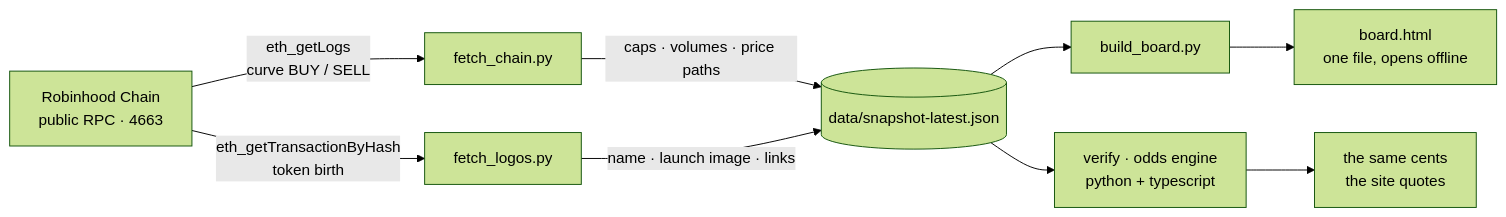
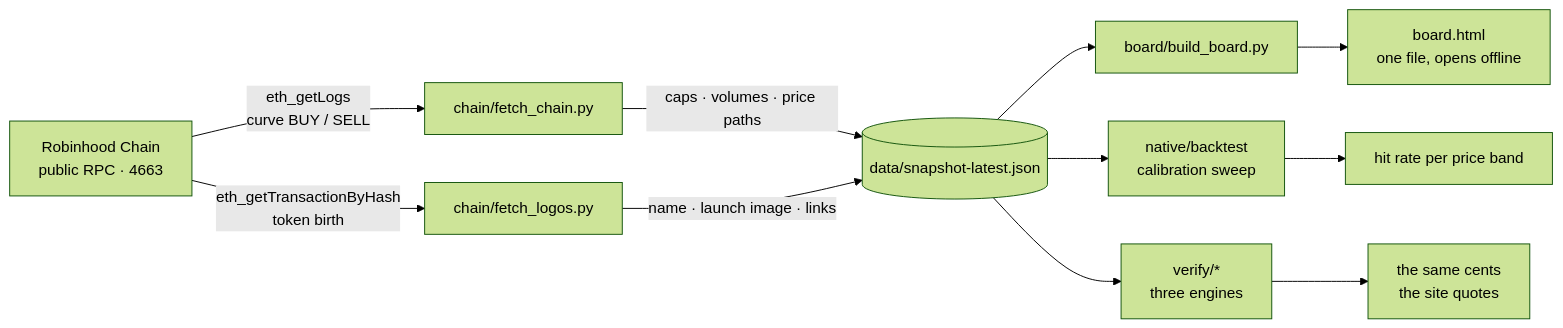
The diagram in README.md (Denis101Ka/predly), drawn with Mermaid (forest theme) before and after one commit. The commit also changed other lines of this file and 15 other files, not shown here.

First line of the commit message:
native: c++ engine, monte carlo validation of the closed form, calibration backtest

````diff
--- a/README.md
+++ b/README.md
@@ -82,11 +203,13 @@
 ```mermaid
 flowchart LR
-  A["Robinhood Chain<br/>public RPC · 4663"] -->|eth_getLogs<br/>curve BUY / SELL| B[fetch_chain.py]
-  A -->|eth_getTransactionByHash<br/>token birth| C[fetch_logos.py]
-  B -->|caps · volumes · price paths| D[("data/snapshot-latest.json")]
-  C -->|name · launch image · links| D
-  D --> E[build_board.py]
-  D --> F["verify · odds engine<br/>python + typescript"]
-  E --> G["board.html<br/>one file, opens offline"]
-  F --> H["the same cents<br/>the site quotes"]
+  A["Robinhood Chain<br/>public RPC · 4663"] -->|"eth_getLogs<br/>curve BUY / SELL"| B["chain/fetch_chain.py"]
+  A -->|"eth_getTransactionByHash<br/>token birth"| C["chain/fetch_logos.py"]
+  B -->|"caps · volumes · price paths"| D[("data/snapshot-latest.json")]
+  C -->|"name · launch image · links"| D
+  D --> E["board/build_board.py"]
+  D --> F["native/backtest<br/>calibration sweep"]
+  D --> G["verify/*<br/>three engines"]
+  E --> H["board.html<br/>one file, opens offline"]
+  F --> I["hit rate per price band"]
+  G --> J["the same cents<br/>the site quotes"]
 ```
````
